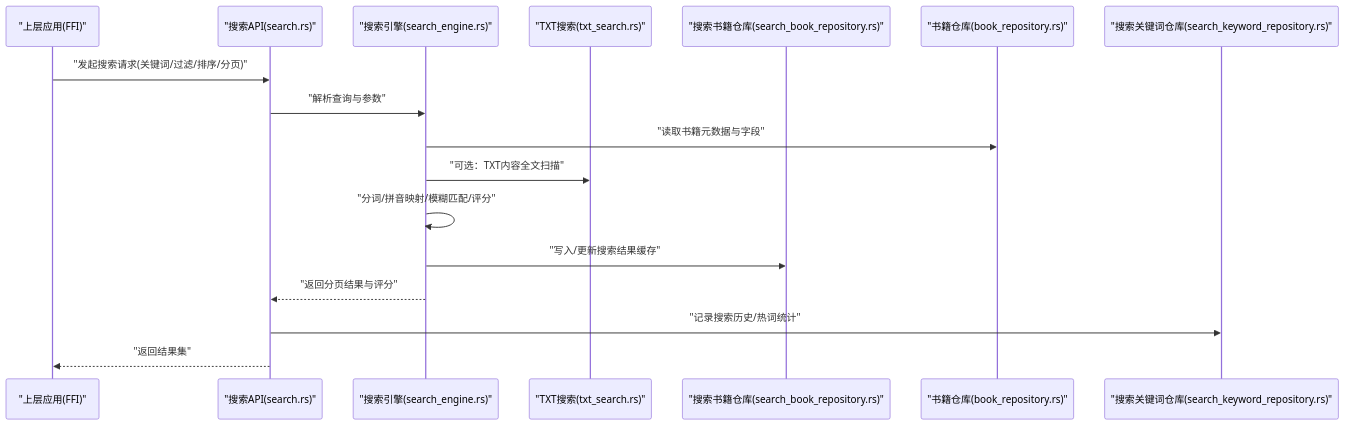
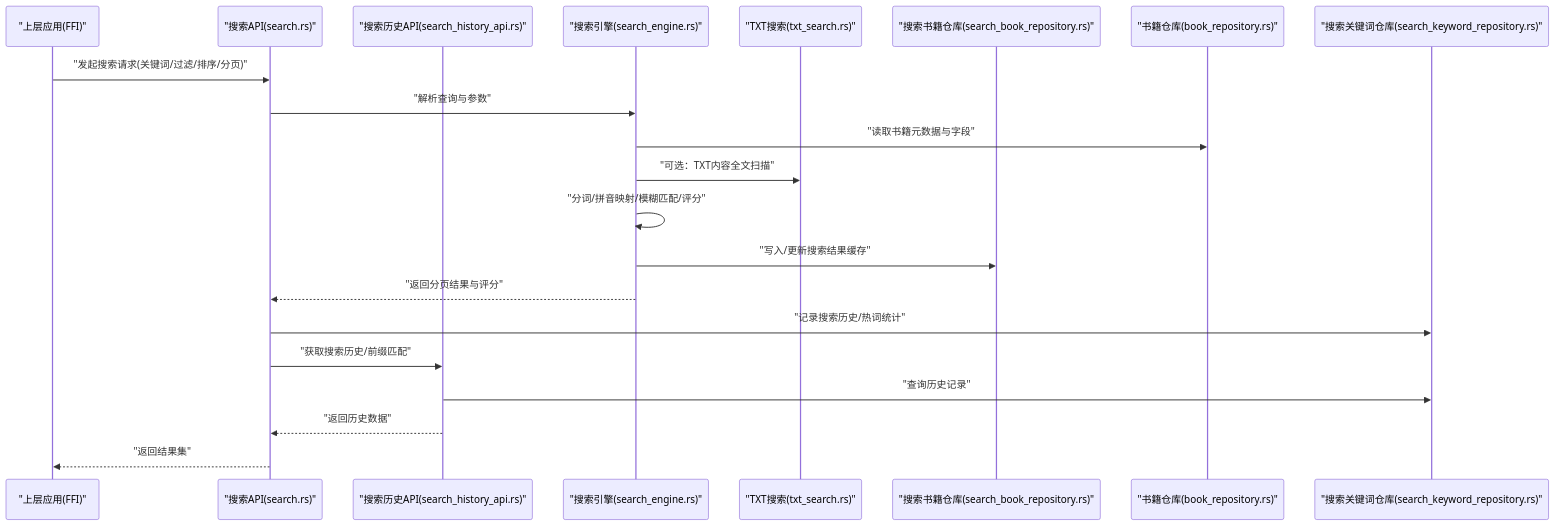
The second of 8 diagrams in .qoder/repowiki/zh/content/项目概述/核心功能特性/搜索功能.md (ZhangGHGitHub/LegadoTeamFlutter), drawn with Mermaid before and after one commit. The commit also changed other lines of this file and 173 other files, not shown here.

````diff
--- a/.qoder/repowiki/zh/content/项目概述/核心功能特性/搜索功能.md
+++ b/.qoder/repowiki/zh/content/项目概述/核心功能特性/搜索功能.md
@@ -114,19 +123,23 @@
 ```mermaid
 sequenceDiagram
 participant UI as "上层应用(FFI)"
 participant API as "搜索API(search.rs)"
+participant HistoryAPI as "搜索历史API(search_history_api.rs)"
 participant Engine as "搜索引擎(search_engine.rs)"
 participant Txt as "TXT搜索(txt_search.rs)"
 participant SRepo as "搜索书籍仓库(search_book_repository.rs)"
 participant BRepo as "书籍仓库(book_repository.rs)"
 participant KRepo as "搜索关键词仓库(search_keyword_repository.rs)"
 UI->>API : "发起搜索请求(关键词/过滤/排序/分页)"
 API->>Engine : "解析查询与参数"
 Engine->>BRepo : "读取书籍元数据与字段"
 Engine->>Txt : "可选：TXT内容全文扫描"
 Engine->>Engine : "分词/拼音映射/模糊匹配/评分"
 Engine->>SRepo : "写入/更新搜索结果缓存"
 Engine-->>API : "返回分页结果与评分"
 API->>KRepo : "记录搜索历史/热词统计"
+API->>HistoryAPI : "获取搜索历史/前缀匹配"
+HistoryAPI->>KRepo : "查询历史记录"
+HistoryAPI-->>API : "返回历史数据"
 API-->>UI : "返回结果集"
 ```
````
